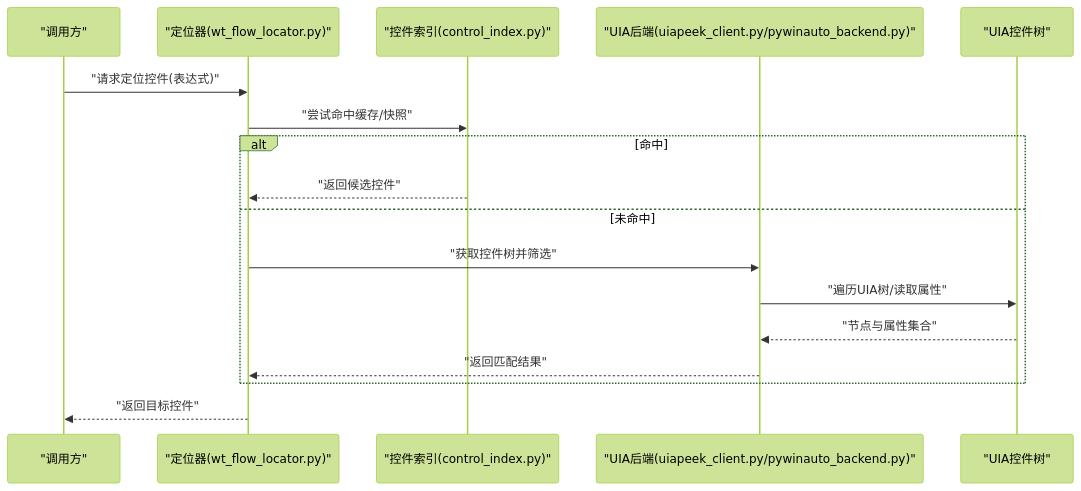
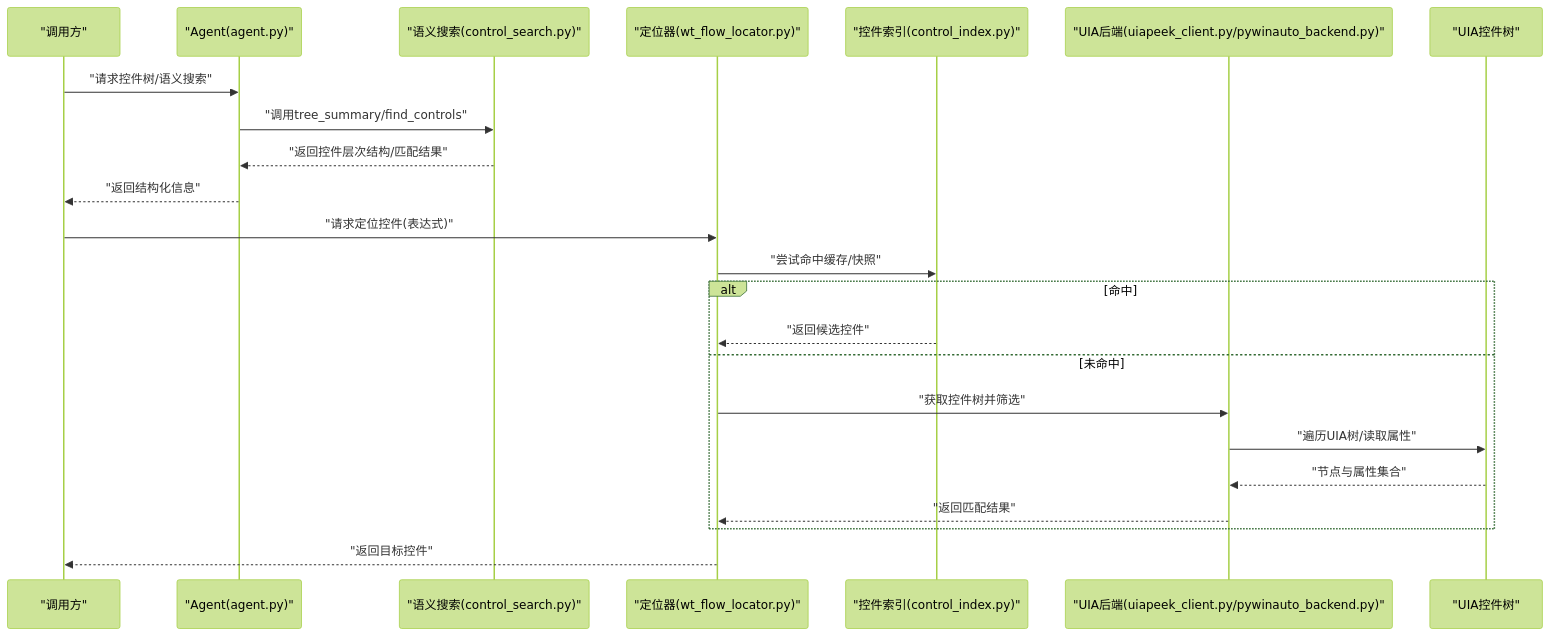
Before and after one commit to hanago33/WT_Automation: the second of 8 diagrams in .qoder/repowiki/zh/content/控件定位系统/UIA控件定位器.md, drawn with Mermaid (forest theme). The commit also changed other lines of this file and 247 other files, not shown here.

````diff
--- a/.qoder/repowiki/zh/content/控件定位系统/UIA控件定位器.md
+++ b/.qoder/repowiki/zh/content/控件定位系统/UIA控件定位器.md
@@ -102,19 +109,25 @@
 ```mermaid
 sequenceDiagram
 participant Caller as "调用方"
+participant Agent as "Agent(agent.py)"
+participant Search as "语义搜索(control_search.py)"
 participant Locator as "定位器(wt_flow_locator.py)"
 participant Index as "控件索引(control_index.py)"
 participant Backend as "UIA后端(uiapeek_client.py/pywinauto_backend.py)"
 participant Tree as "UIA控件树"
+Caller->>Agent : "请求控件树/语义搜索"
+Agent->>Search : "调用tree_summary/find_controls"
+Search-->>Agent : "返回控件层次结构/匹配结果"
+Agent-->>Caller : "返回结构化信息"
 Caller->>Locator : "请求定位控件(表达式)"
 Locator->>Index : "尝试命中缓存/快照"
 alt 命中
 Index-->>Locator : "返回候选控件"
 else 未命中
 Locator->>Backend : "获取控件树并筛选"
 Backend->>Tree : "遍历UIA树/读取属性"
 Tree-->>Backend : "节点与属性集合"
 Backend-->>Locator : "返回匹配结果"
 end
 Locator-->>Caller : "返回目标控件"
 ```
````
